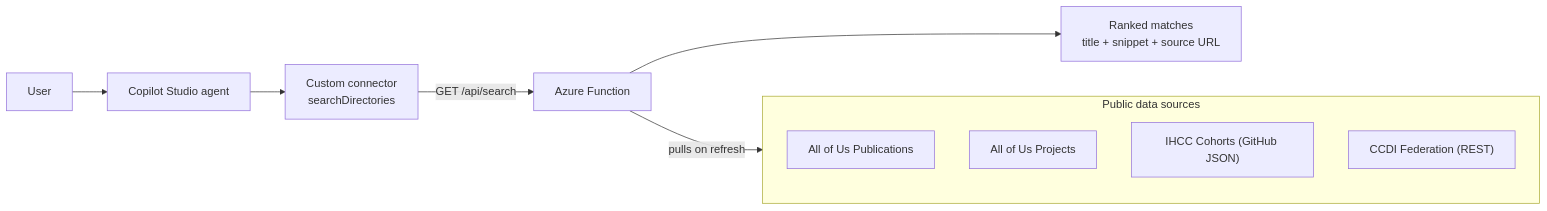
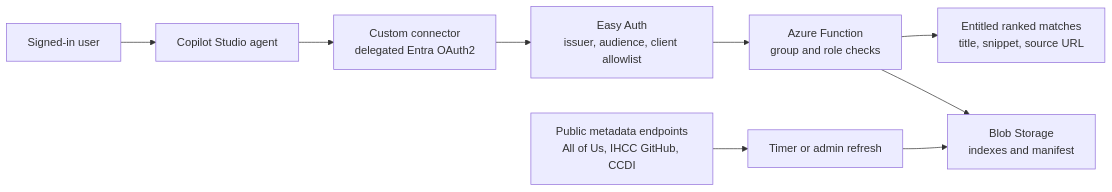
The first of 5 diagrams in docs/architecture.md (SteveCInVA/AllofUs-Agent), drawn with Mermaid before and after one commit. The commit also changed other lines of this file and 16 other files, not shown here.

First line of the commit message:
Enhance security hardening documentation and introduce Azure AI Search migration plan

````diff
--- a/docs/architecture.md
+++ b/docs/architecture.md
@@ -17,17 +31,11 @@
 ```mermaid
 flowchart LR
-    U["User"] --> AG["Copilot Studio agent"]
-    AG --> CC["Custom connector<br/>searchDirectories"]
-    CC -->|"GET /api/search"| FN["Azure Function"]
-    FN --> RES["Ranked matches<br/>title + snippet + source URL"]
-
-    FN -->|"pulls on refresh"| SRC
-
-    subgraph SRC["Public data sources"]
-      direction TB
-      P1["All of Us Publications"]
-      P2["All of Us Projects"]
-      P3["IHCC Cohorts (GitHub JSON)"]
-      P4["CCDI Federation (REST)"]
-    end
+    U["Signed-in user"] --> AG["Copilot Studio agent"]
+    AG --> CC["Custom connector<br/>delegated Entra OAuth2"]
+    CC --> EA["Easy Auth<br/>issuer, audience, client allowlist"]
+    EA --> FN["Azure Function<br/>group and role checks"]
+    FN --> RES["Entitled ranked matches<br/>title, snippet, source URL"]
+    FN --> ST["Blob Storage<br/>indexes and manifest"]
+    SRC["Public metadata endpoints<br/>All of Us, IHCC GitHub, CCDI"] --> RJ["Timer or admin refresh"]
+    RJ --> ST
 ```
````
